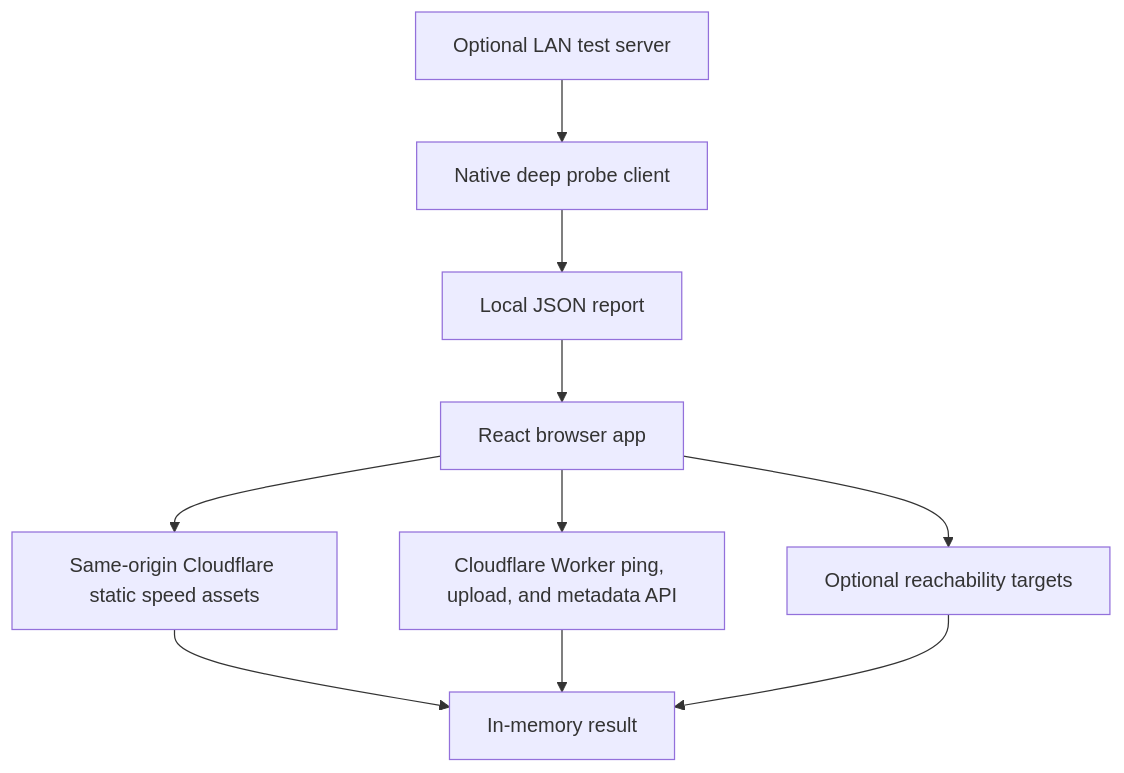
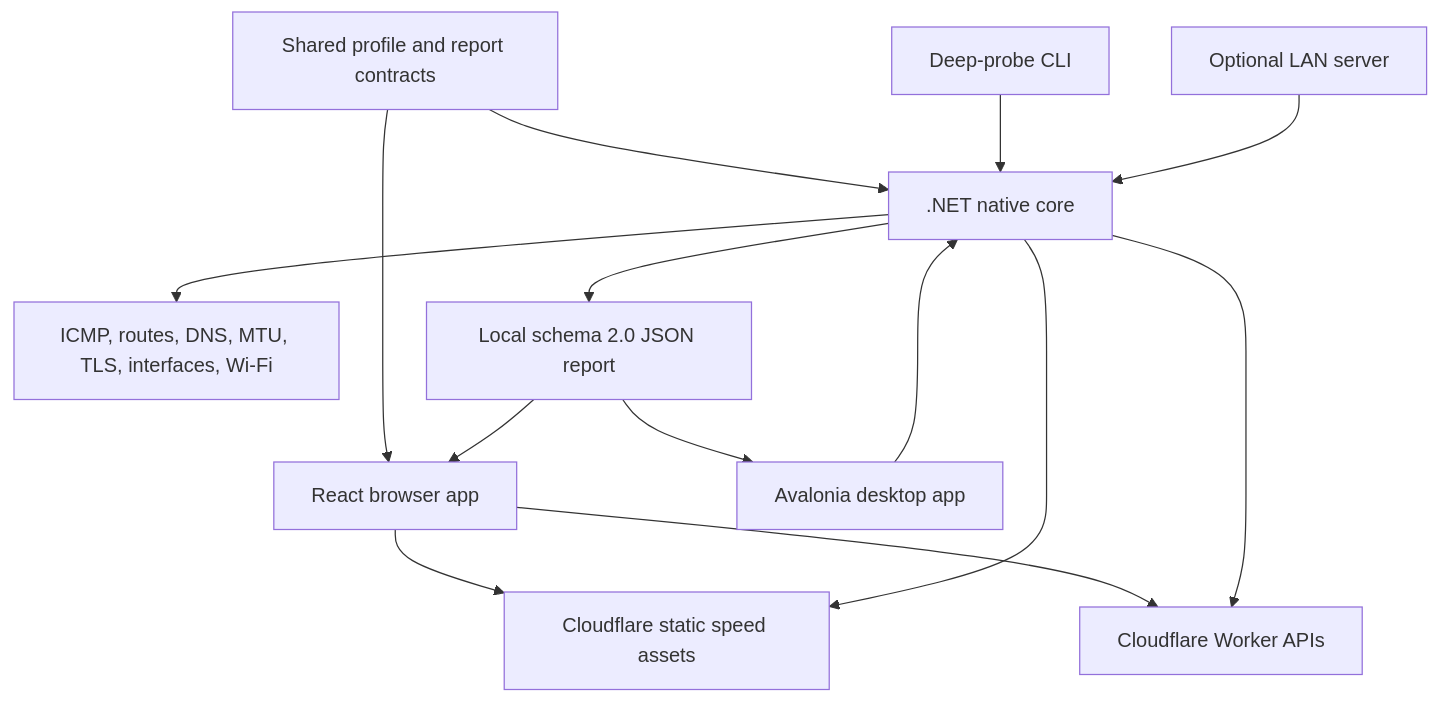
One commit to JohnnyZLi/Network-Diagnostics-Suite changed the diagram in README.md. Above: the diagram before and after it, drawn with Mermaid. The commit also changed other lines of this file, not shown here.

Commit message:
Document the native desktop application

````diff
--- a/README.md
+++ b/README.md
@@ -51,12 +57,16 @@
 ```mermaid
 flowchart TD
-    Browser["React browser app"] --> Assets["Same-origin Cloudflare static speed assets"]
-    Browser --> Worker["Cloudflare Worker ping, upload, and metadata API"]
-    Browser --> Services["Optional reachability targets"]
-    LanServer["Optional LAN test server"] --> Probe["Native deep probe client"]
-    Probe --> Report["Local JSON report"]
+    Contract["Shared profile and report contracts"] --> Browser["React browser app"]
+    Contract --> Core[".NET native core"]
+    Browser --> Assets["Cloudflare static speed assets"]
+    Browser --> Worker["Cloudflare Worker APIs"]
+    Desktop["Avalonia desktop app"] --> Core
+    CLI["Deep-probe CLI"] --> Core
+    Core --> Assets
+    Core --> Worker
+    Core --> OS["ICMP, routes, DNS, MTU, TLS, interfaces, Wi-Fi"]
+    LanServer["Optional LAN server"] --> Core
+    Core --> Report["Local schema 2.0 JSON report"]
+    Report --> Desktop
     Report --> Browser
-    Assets --> Result["In-memory result"]
-    Worker --> Result
-    Services --> Result
 ```
````
